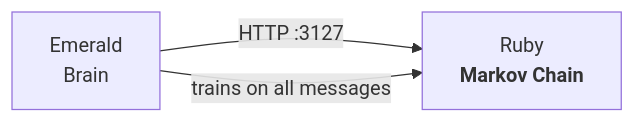
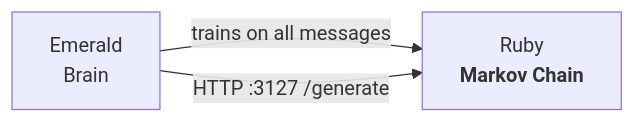
The diagram in README.md (protocol-luna/ruby), drawn with Mermaid before and after one commit. The commit also changed other lines of this file, not shown here.

````diff
--- a/README.md
+++ b/README.md
@@ -26,5 +23,5 @@
 ```mermaid
 graph LR
-    Emerald["Emerald<br/>Brain"] -- "HTTP :3127" --> Ruby["Ruby<br/><strong>Markov Chain</strong>"]
-    Emerald -- "trains on all messages" --> Ruby
+    Emerald["Emerald<br/>Brain"] -- "trains on all messages" --> Ruby["Ruby<br/><strong>Markov Chain</strong>"]
+    Emerald -- "HTTP :3127 /generate" --> Ruby
 ```
````
